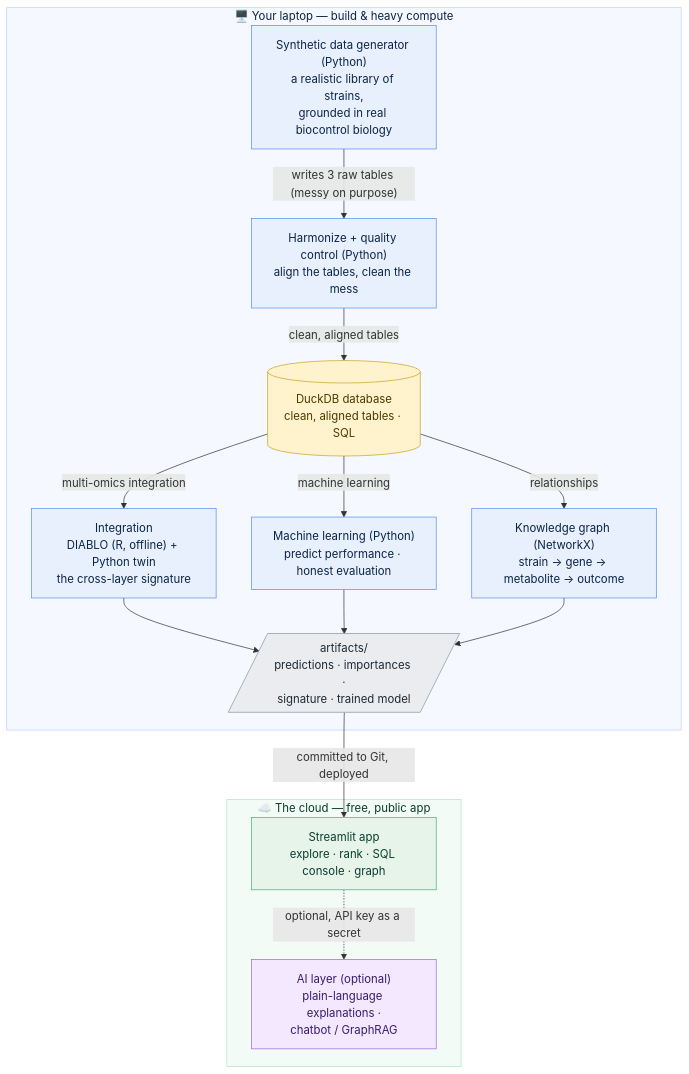
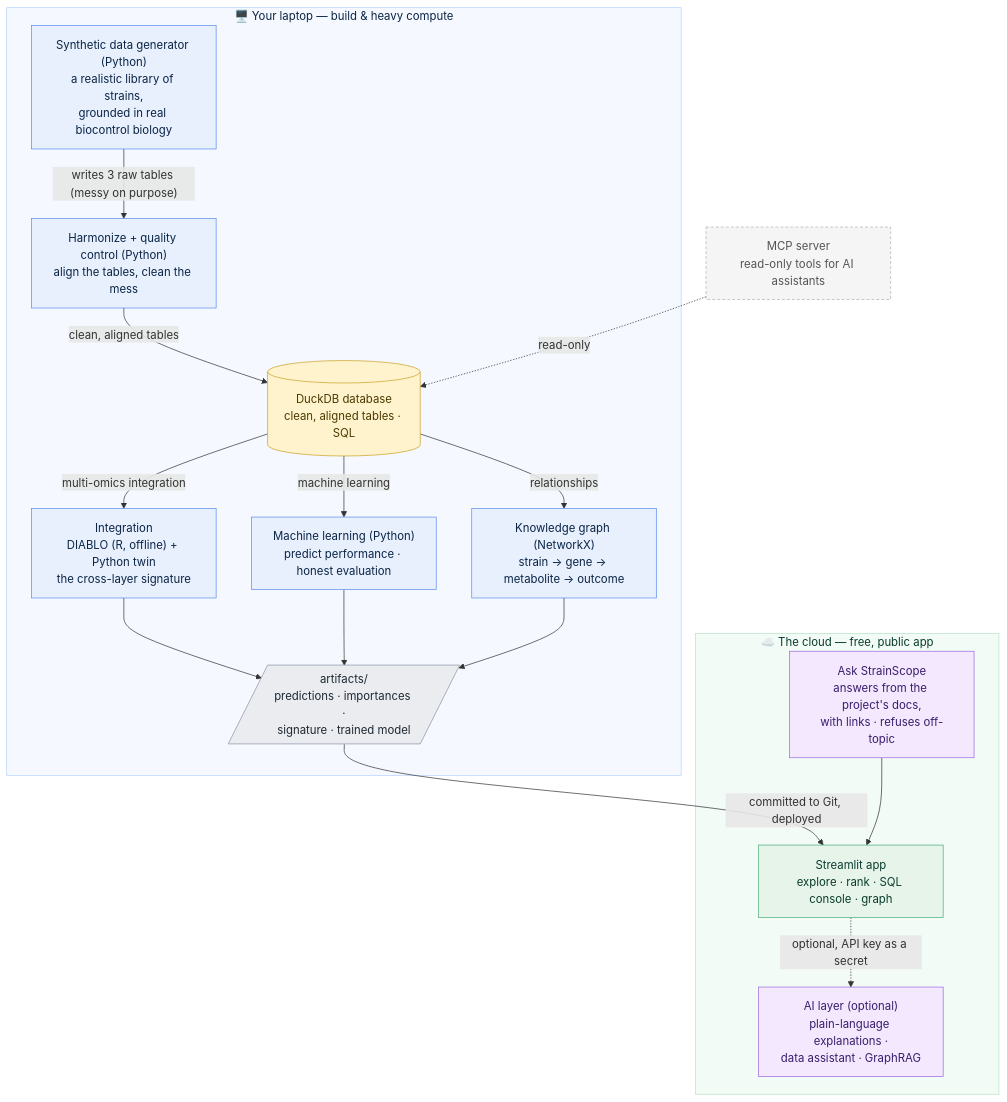
Before and after one commit to akannan2987/strainscope: the diagram in README.md, drawn with Mermaid. The commit also changed other lines of this file and 52 other files, not shown here.

Commit message:
feat: add multi-omics integration (DIABLO in R + Python twin), handbook and roadmaps

````diff
--- a/README.md
+++ b/README.md
@@ -115,39 +125,45 @@
 ```mermaid
 flowchart TD
     subgraph LAPTOP["🖥️ Your laptop — build & heavy compute"]
         A["Synthetic data generator (Python)<br/>a realistic library of strains,<br/>grounded in real biocontrol biology"]
         B["Harmonize + quality control (Python)<br/>align the tables, clean the mess"]
         C[("DuckDB database<br/>clean, aligned tables · SQL")]
         D["Integration<br/>DIABLO (R, offline) + Python twin<br/>the cross-layer signature"]
         E["Machine learning (Python)<br/>predict performance · honest evaluation"]
         F["Knowledge graph (NetworkX)<br/>strain → gene → metabolite → outcome"]
         G[/"artifacts/<br/>predictions · importances ·<br/>signature · trained model"/]
     end
     subgraph CLOUD["☁️ The cloud — free, public app"]
         H["Streamlit app<br/>explore · rank · SQL console · graph"]
-        I["AI layer (optional)<br/>plain-language explanations ·<br/>chatbot / GraphRAG"]
+        I["AI layer (optional)<br/>plain-language explanations ·<br/>data assistant · GraphRAG"]
+        Q["Ask StrainScope<br/>answers from the project's docs,<br/>with links · refuses off-topic"]
     end
+    M["MCP server<br/>read-only tools for AI assistants"]
     A -->|"writes 3 raw tables (messy on purpose)"| B
     B -->|clean, aligned tables| C
     C -->|multi-omics integration| D
     C -->|machine learning| E
     C -->|relationships| F
     D --> G
     E --> G
     F --> G
     G -->|committed to Git, deployed| H
     H -.->|optional, API key as a secret| I
+    Q --> H
+    M -.->|read-only| C
 
     classDef laptop fill:#E8F0FE,stroke:#5B8DEF,color:#0B2545;
     classDef store fill:#FFF3CD,stroke:#C9A227,color:#4A3B00;
     classDef artifact fill:#EAECEF,stroke:#8A94A6,color:#1F2933;
     classDef cloud fill:#E6F4EA,stroke:#4CAF7D,color:#0B3D2E;
     classDef ai fill:#F3E8FD,stroke:#9C6ADE,color:#3A1D6E;
+    classDef roadmap fill:#F5F5F5,stroke:#B0B0B0,color:#555555,stroke-dasharray:4 3;
     class A,B,D,E,F laptop
     class C store
     class G artifact
     class H cloud
-    class I ai
+    class I,Q ai
+    class M roadmap
     style LAPTOP fill:#F5F9FF,stroke:#B9D2FF,color:#0B2545
     style CLOUD fill:#F2FBF5,stroke:#B7E4C7,color:#0B3D2E
 ```
````
